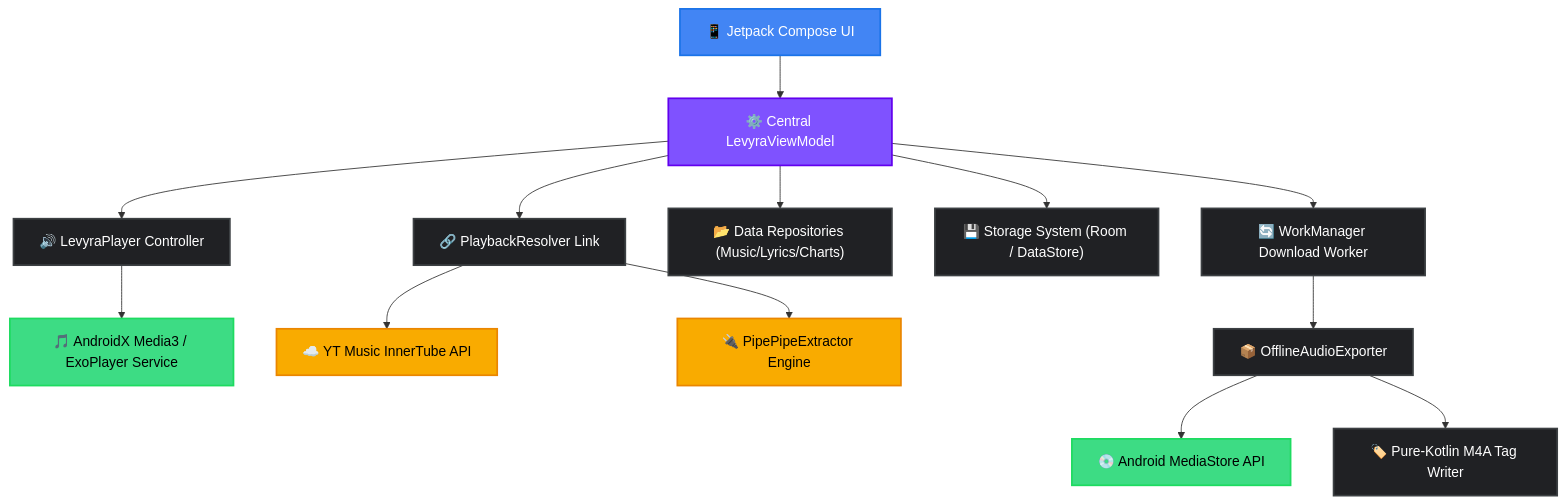
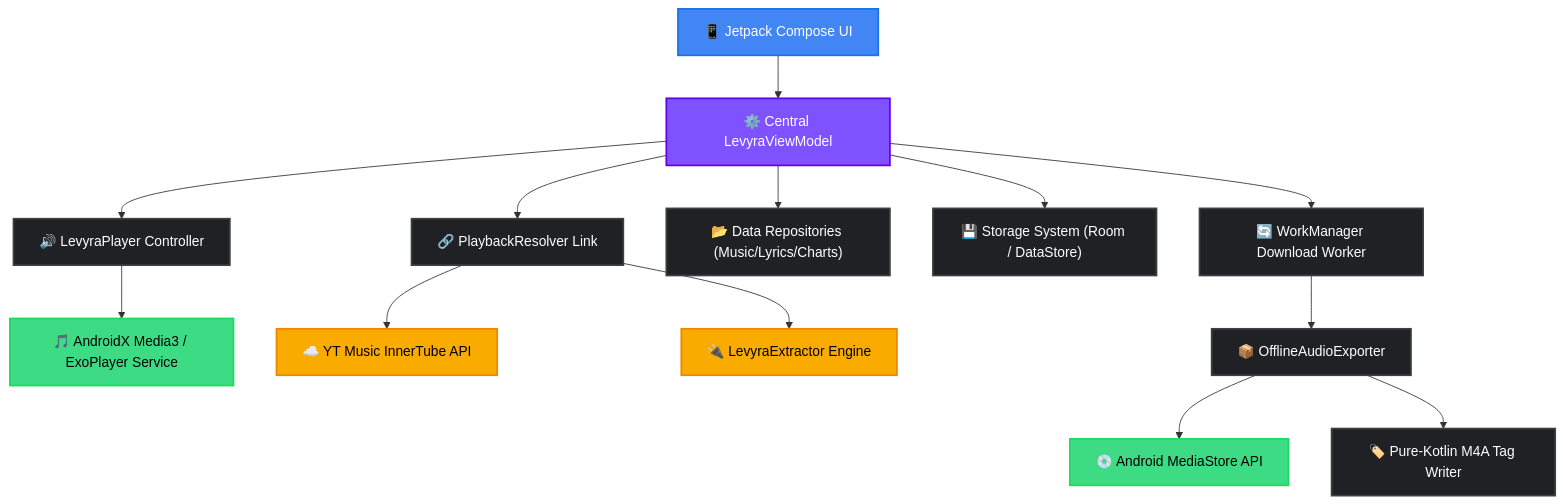
The diagram in README.md (LUC4N3X/Levyra-deepsound), drawn with Mermaid before and after one commit. The commit also changed other lines of this file and 9 other files, not shown here.

Commit message:
feat(player): integrate LevyraExtractor ultra low latency pipeline

````diff
--- a/README.md
+++ b/README.md
@@ -130,26 +130,26 @@
 ```mermaid
 graph TD
     %% Custom Styling Theme
     classDef ui fill:#4285F4,stroke:#1A73E8,stroke-width:2px,color:#fff;
     classDef vm fill:#7F52FF,stroke:#6200EE,stroke-width:2px,color:#fff;
     classDef core fill:#202124,stroke:#3C4043,stroke-width:2px,color:#fff;
     classDef engine fill:#3DDC84,stroke:#1DDB60,stroke-width:2px,color:#000;
     classDef ext fill:#F9AB00,stroke:#EA8600,stroke-width:2px,color:#000;
 
     UI["📱 Jetpack Compose UI"]:::ui --> VM["⚙️ Central LevyraViewModel"]:::vm
     
     VM --> Player["🔊 LevyraPlayer Controller"]:::core
     VM --> Resolver["🔗 PlaybackResolver Link"]:::core
     VM --> Repos["📂 Data Repositories (Music/Lyrics/Charts)"]:::core
     VM --> Store["💾 Storage System (Room / DataStore)"]:::core
     VM --> Work["🔄 WorkManager Download Worker"]:::core
     
     Player --> Media3["🎵 AndroidX Media3 / ExoPlayer Service"]:::engine
     
     Resolver --> InnerTube["☁️ YT Music InnerTube API"]:::ext
-    Resolver --> Extractor["🔌 PipePipeExtractor Engine"]:::ext
+    Resolver --> Extractor["🔌 LevyraExtractor Engine"]:::ext
     
     Work --> Exporter["📦 OfflineAudioExporter"]:::core
     Exporter --> MediaStore["💿 Android MediaStore API"]:::engine
     Exporter --> Tagger["🏷️ Pure-Kotlin M4A Tag Writer"]:::core
 ```
````
